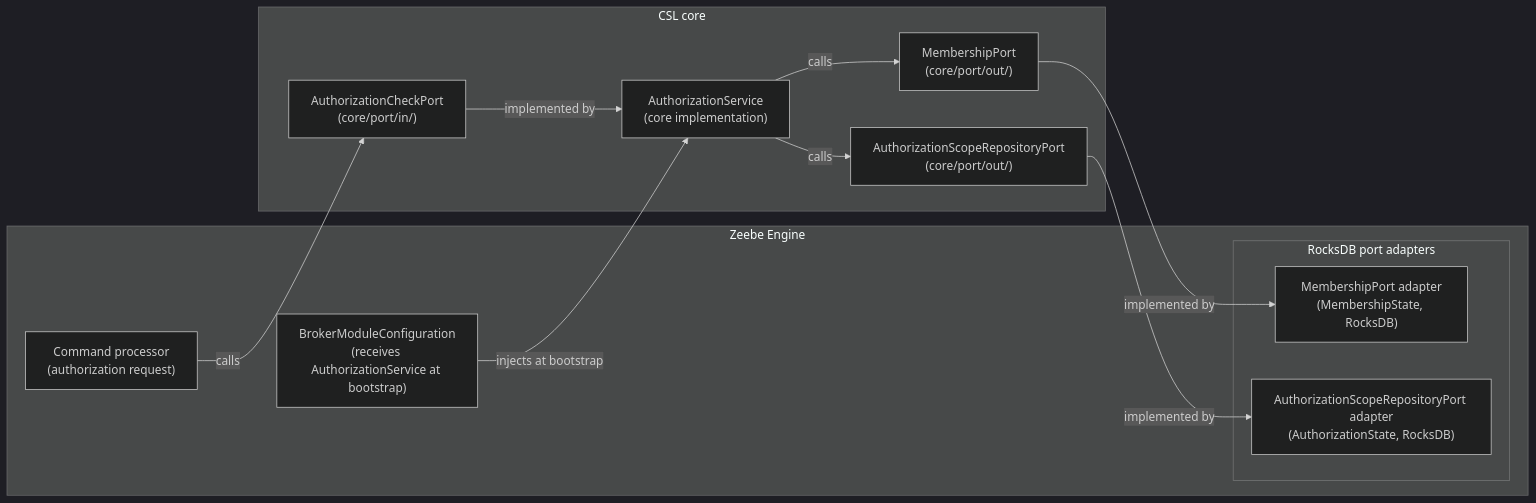
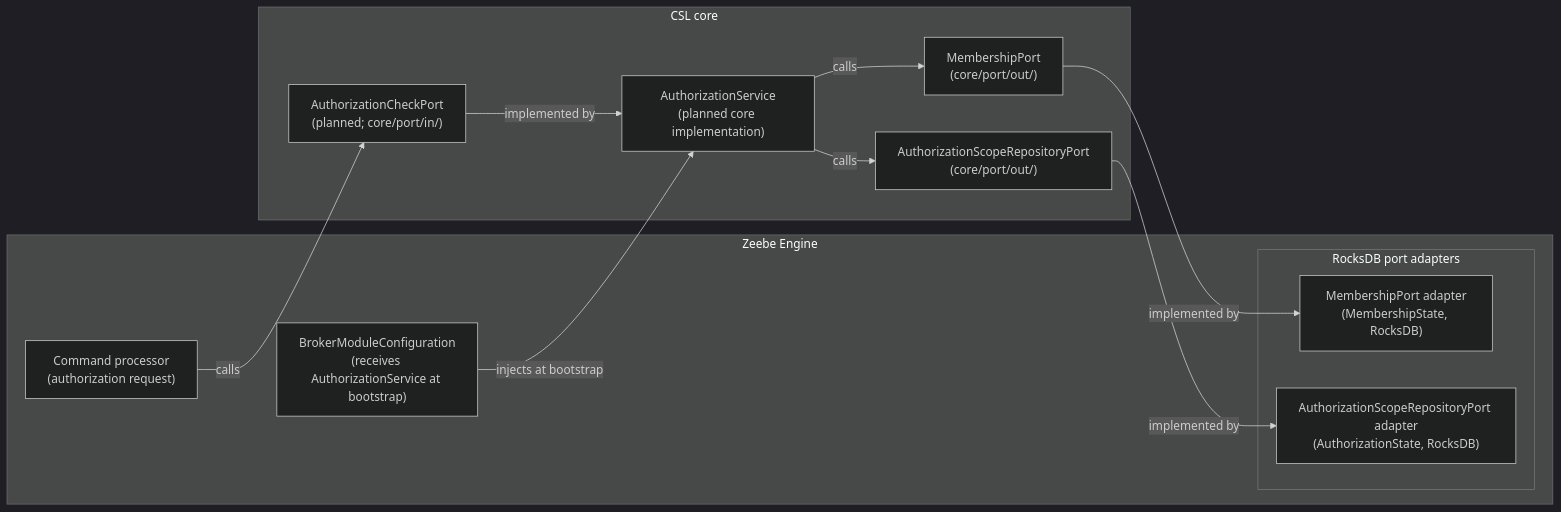
One commit to camunda/camunda-security-library changed diagram 11 of 20 in docs/architecture_docs.md. Above: the diagram before and after it, drawn with Mermaid (dark theme). The commit also changed other lines of this file and 1 other file, not shown here.

````diff
--- a/docs/architecture_docs.md
+++ b/docs/architecture_docs.md
@@ -1021,25 +1021,25 @@
 ```mermaid
 graph LR
   subgraph ENGINE["Zeebe Engine"]
     CMD_PROC["Command processor</br>(authorization request)"]
     BC["BrokerModuleConfiguration</br>(receives AuthorizationService at bootstrap)"]
     subgraph ADAPTERS["RocksDB port adapters"]
       MP_I["MembershipPort adapter</br>(MembershipState, RocksDB)"]
       ASRP_I["AuthorizationScopeRepositoryPort adapter</br>(AuthorizationState, RocksDB)"]
     end
   end
 
   subgraph CSL_CORE["CSL core"]
-    ACP["AuthorizationCheckPort</br>(core/port/in/)"]
-    AS["AuthorizationService</br>(core implementation)"]
+    ACP["AuthorizationCheckPort</br>(planned; core/port/in/)"]
+    AS["AuthorizationService</br>(planned core implementation)"]
     MP["MembershipPort</br>(core/port/out/)"]
     ASRP["AuthorizationScopeRepositoryPort</br>(core/port/out/)"]
   end
 
   BC -->|"injects at bootstrap"| AS
   CMD_PROC -->|"calls"| ACP
   ACP -->|"implemented by"| AS
   AS -->|"calls"| MP & ASRP
   MP -->|"implemented by"| MP_I
   ASRP -->|"implemented by"| ASRP_I
 ```
````
